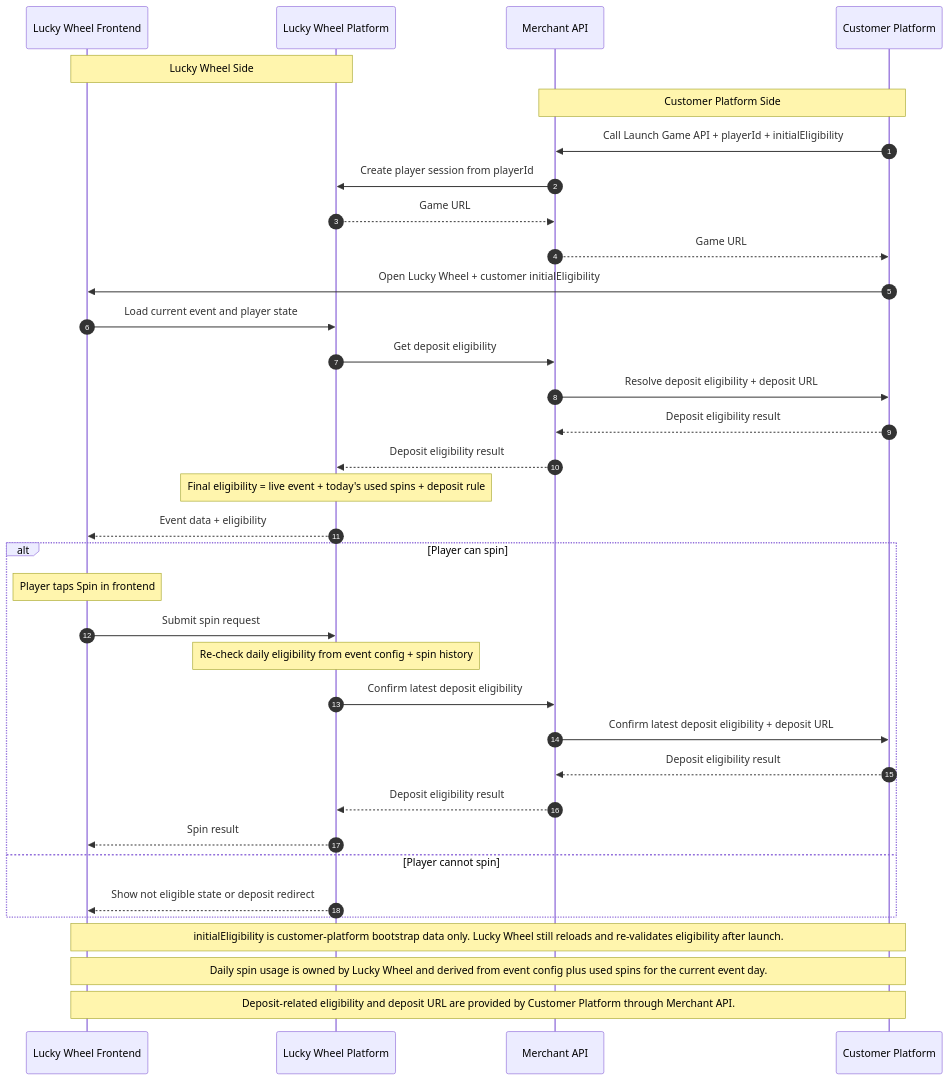
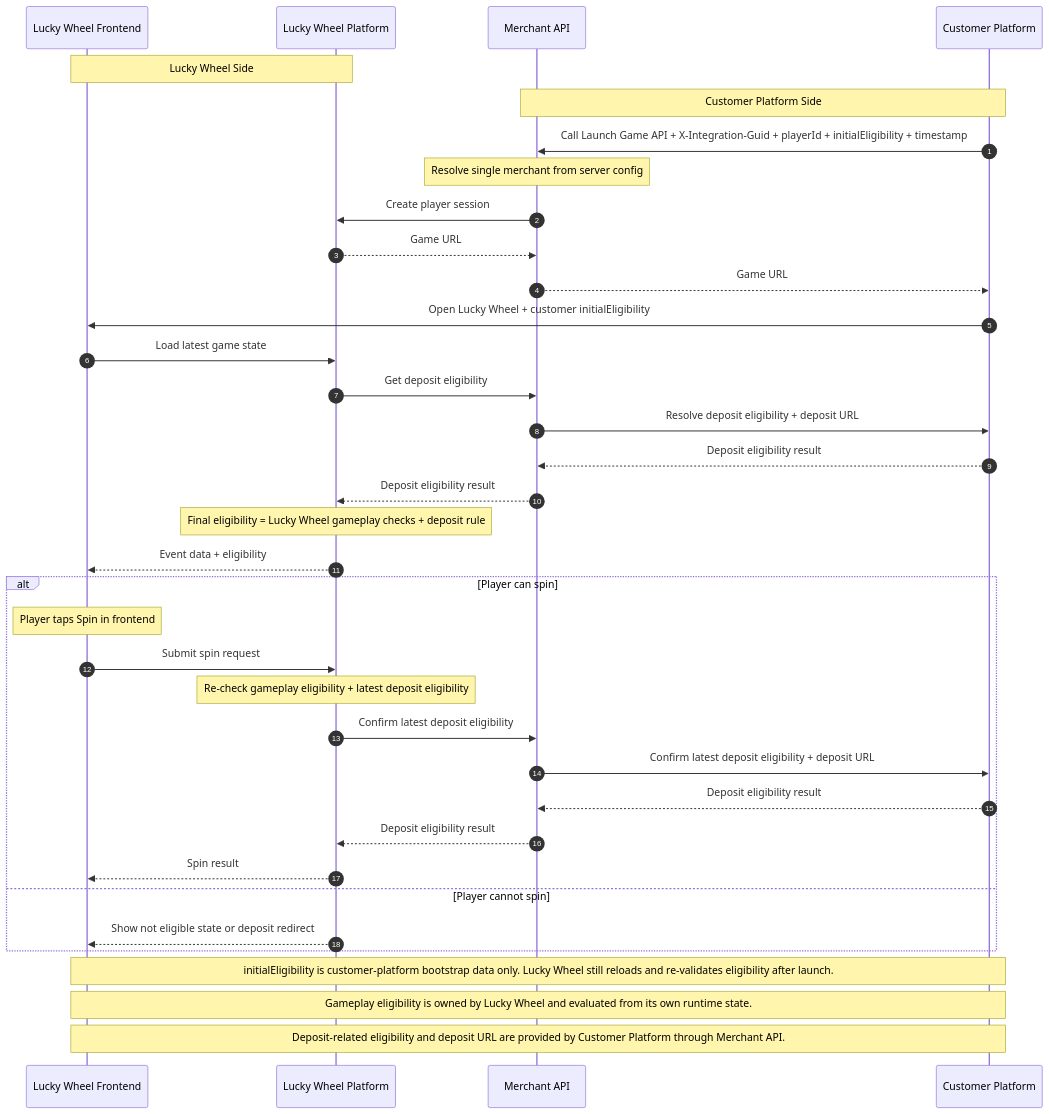
The diagram in LuckyWheel_Dataflow_Diagram_Public.mmd (ElricStormking/LuckyWheelLeaderboard), drawn with Mermaid before and after one commit. The commit also changed 32 other files, not shown here.

Commit message:
Finalize lucky wheel integration, docs, and UI updates

```diff
--- a/LuckyWheel_Dataflow_Diagram_Public.mmd
+++ b/LuckyWheel_Dataflow_Diagram_Public.mmd
@@ -1,40 +1,41 @@
 sequenceDiagram
     autonumber
     participant LWF as Lucky Wheel Frontend
     participant LWP as Lucky Wheel Platform
     participant MAP as Merchant API
     participant CP as Customer Platform
 
     Note over LWF,LWP: Lucky Wheel Side
     Note over MAP,CP: Customer Platform Side
 
-    CP->>MAP: Call Launch Game API + playerId + initialEligibility
-    MAP->>LWP: Create player session from playerId
+    CP->>MAP: Call Launch Game API + X-Integration-Guid + playerId + initialEligibility + timestamp
+    Note over MAP: Resolve single merchant from server config
+    MAP->>LWP: Create player session
     LWP-->>MAP: Game URL
     MAP-->>CP: Game URL
     CP->>LWF: Open Lucky Wheel + customer initialEligibility
 
-    LWF->>LWP: Load current event and player state
+    LWF->>LWP: Load latest game state
     LWP->>MAP: Get deposit eligibility
     MAP->>CP: Resolve deposit eligibility + deposit URL
     CP-->>MAP: Deposit eligibility result
     MAP-->>LWP: Deposit eligibility result
-    Note over LWP: Final eligibility = live event + today's used spins + deposit rule
+    Note over LWP: Final eligibility = Lucky Wheel gameplay checks + deposit rule
     LWP-->>LWF: Event data + eligibility
 
     alt Player can spin
         Note over LWF: Player taps Spin in frontend
         LWF->>LWP: Submit spin request
-        Note over LWP: Re-check daily eligibility from event config + spin history
+        Note over LWP: Re-check gameplay eligibility + latest deposit eligibility
         LWP->>MAP: Confirm latest deposit eligibility
         MAP->>CP: Confirm latest deposit eligibility + deposit URL
         CP-->>MAP: Deposit eligibility result
         MAP-->>LWP: Deposit eligibility result
         LWP-->>LWF: Spin result
     else Player cannot spin
         LWP-->>LWF: Show not eligible state or deposit redirect
     end
 
     Note over LWF,CP: initialEligibility is customer-platform bootstrap data only. Lucky Wheel still reloads and re-validates eligibility after launch.
-    Note over LWF,CP: Daily spin usage is owned by Lucky Wheel and derived from event config plus used spins for the current event day.
+    Note over LWF,CP: Gameplay eligibility is owned by Lucky Wheel and evaluated from its own runtime state.
     Note over LWF,CP: Deposit-related eligibility and deposit URL are provided by Customer Platform through Merchant API.
```
